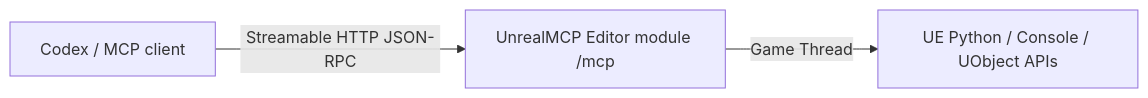
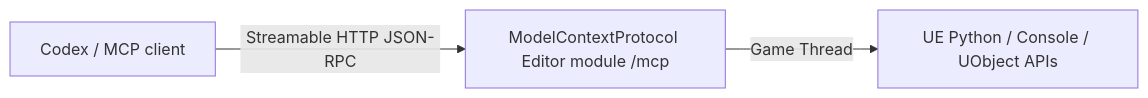
Before and after one commit to AvatarGanymede/ue5.7-mcp: the diagram in docs/architecture.md, drawn with Mermaid. The commit also changed other lines of this file and 34 other files, not shown here.

````diff
--- a/docs/architecture.md
+++ b/docs/architecture.md
@@ -3,5 +3,5 @@
 ```mermaid
 flowchart LR
-    A["Codex / MCP client"] -->|"Streamable HTTP JSON-RPC"| W["UnrealMCP Editor module /mcp"]
+    A["Codex / MCP client"] -->|"Streamable HTTP JSON-RPC"| W["ModelContextProtocol Editor module /mcp"]
     W -->|"Game Thread"| U["UE Python / Console / UObject APIs"]
 ```
````
